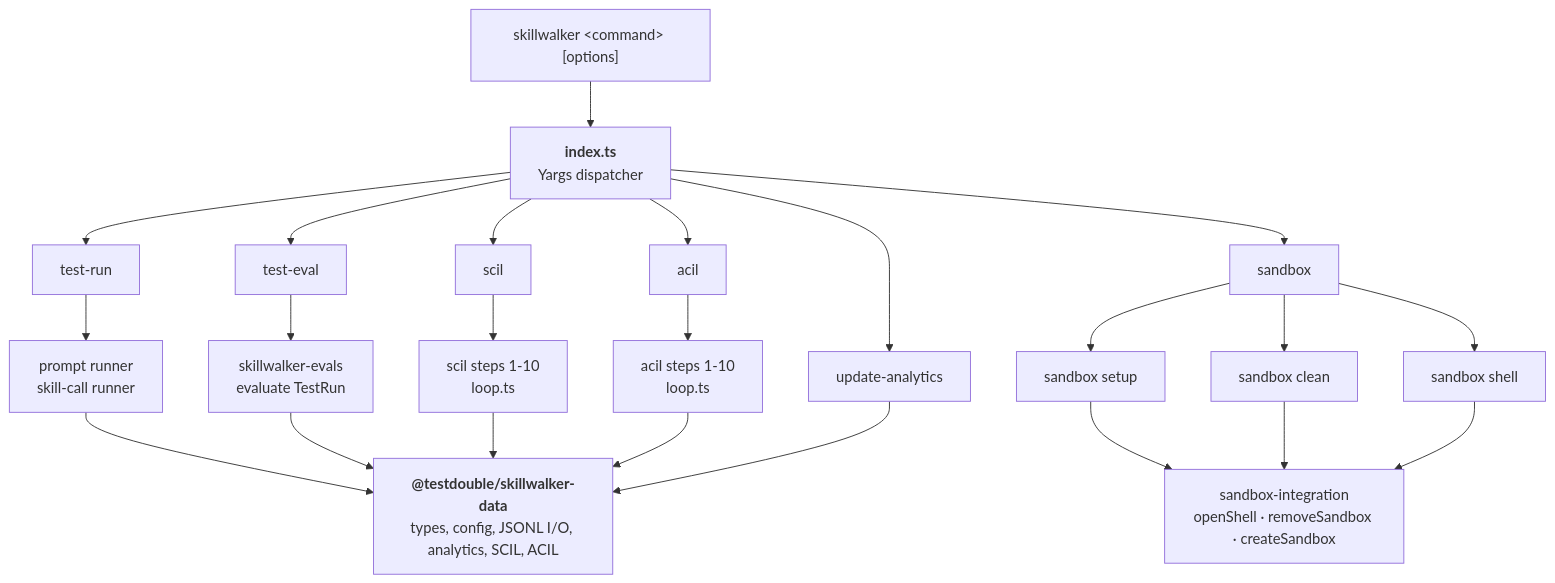
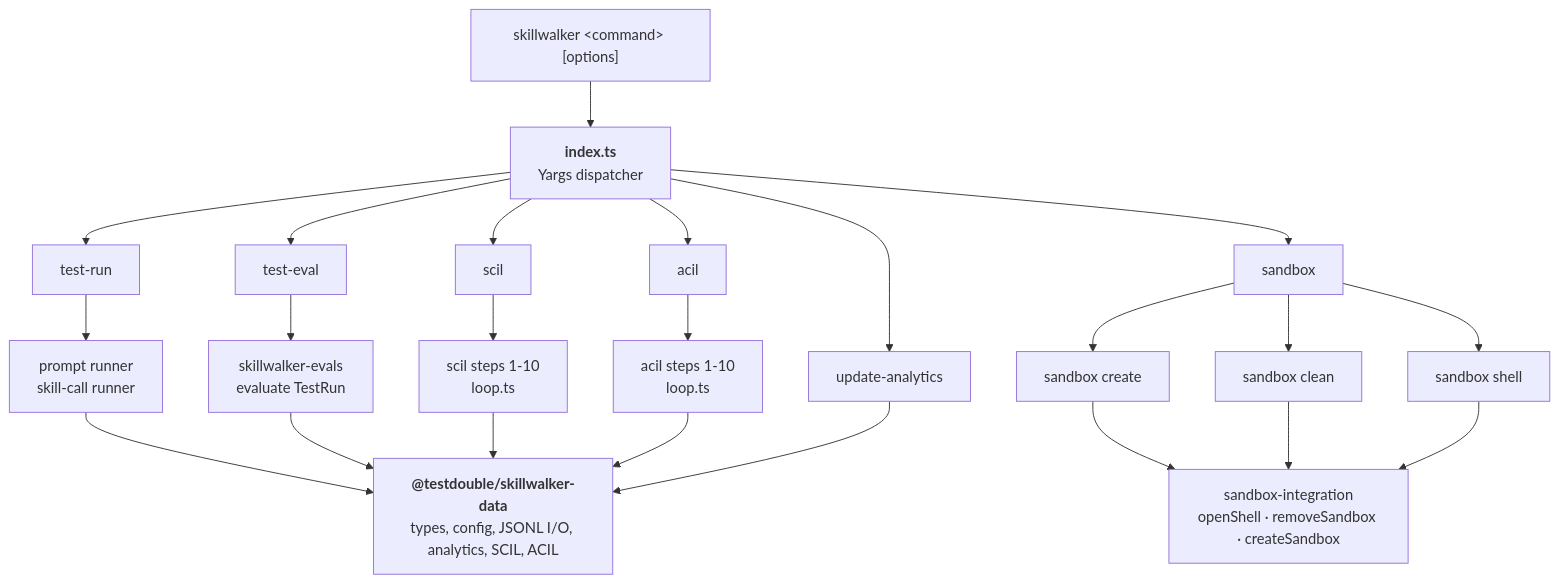
The diagram in docs/cli.md (testdouble/skills-test-harness), drawn with Mermaid before and after one commit. The commit also changed other lines of this file and 13 other files, not shown here.

Commit message:
feat(cli): rename sandbox setup sub-command to sandbox create

````diff
--- a/docs/cli.md
+++ b/docs/cli.md
@@ -30,34 +30,34 @@
 ```mermaid
 flowchart TB
     invoke["skillwalker &lt;command&gt; [options]"]
     dispatch["<b>index.ts</b><br>Yargs dispatcher"]
 
     testrun["test-run"]
     testeval["test-eval"]
     scil["scil"]
     acil["acil"]
     analytics["update-analytics"]
     sandbox["sandbox"]
-    setup["sandbox setup"]
+    create["sandbox create"]
     clean["sandbox clean"]
     shell["sandbox shell"]
 
     prompt["prompt runner<br>skill-call runner"]
     evals["skillwalker-evals<br>evaluate TestRun"]
     scilsteps["scil steps 1-10<br>loop.ts"]
     acilsteps["acil steps 1-10<br>loop.ts"]
     si["sandbox-integration<br>openShell · removeSandbox · createSandbox"]
 
     data["<b>@testdouble/skillwalker-data</b><br>types, config, JSONL I/O, analytics, SCIL, ACIL"]
 
     invoke --> dispatch
     dispatch --> testrun --> prompt --> data
     dispatch --> testeval --> evals --> data
     dispatch --> scil --> scilsteps --> data
     dispatch --> acil --> acilsteps --> data
     dispatch --> analytics --> data
     dispatch --> sandbox
-    sandbox --> setup --> si
+    sandbox --> create --> si
     sandbox --> clean --> si
     sandbox --> shell --> si
 ```
````
